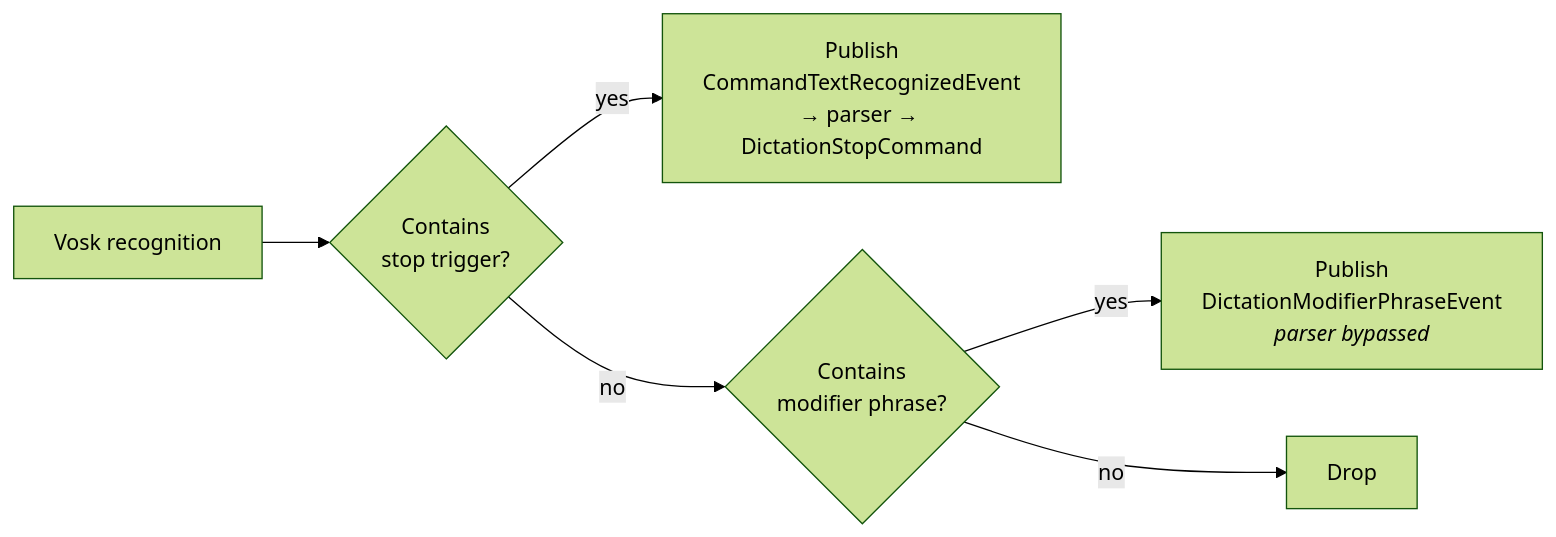
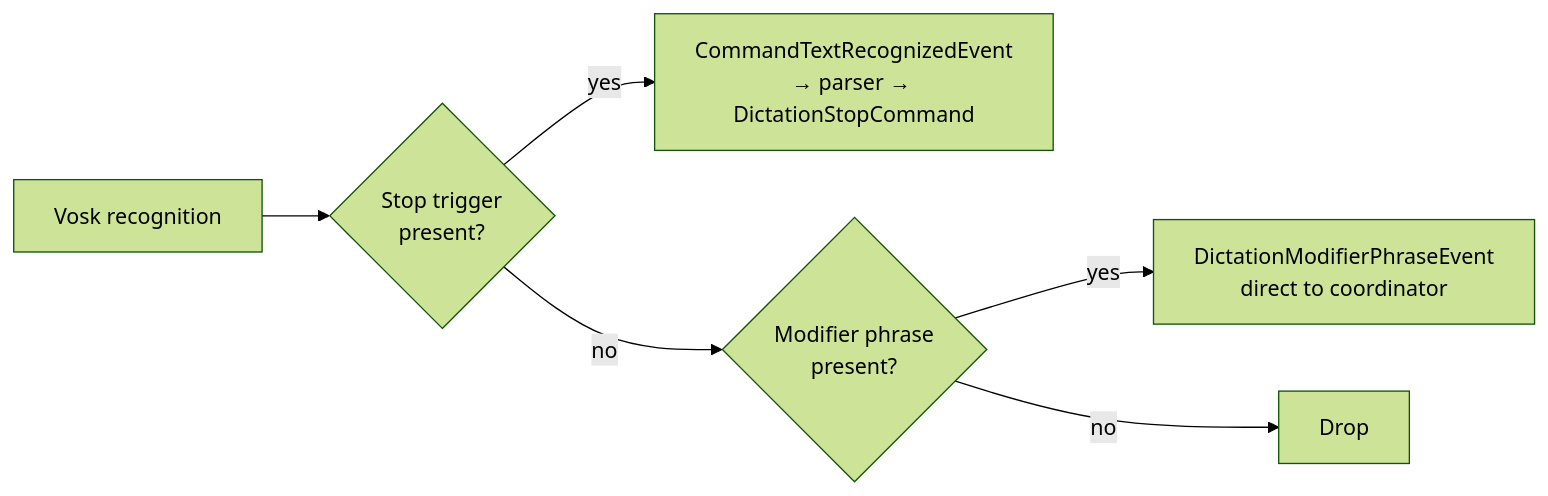
The third of 5 diagrams in docs/developer/features/dictation_flow.rst (rick12000/vocalance), drawn with Mermaid (forest theme) before and after one commit. The commit also changed other lines of this file and 30 other files, not shown here.

```diff
--- a/docs/developer/features/dictation_flow.rst
+++ b/docs/developer/features/dictation_flow.rst
@@ -146,8 +209,8 @@
 .. mermaid::
 
    flowchart LR
-       Vosk[Vosk recognition] --> Q1{Contains<br/>stop trigger?}
-       Q1 -->|yes| Stop[Publish<br/>CommandTextRecognizedEvent<br/>→ parser → DictationStopCommand]
-       Q1 -->|no| Q2{Contains<br/>modifier phrase?}
-       Q2 -->|yes| Mod[Publish<br/>DictationModifierPhraseEvent<br/><i>parser bypassed</i>]
+       Vosk[Vosk recognition] --> Q1{Stop trigger<br/>present?}
+       Q1 -->|yes| Stop[CommandTextRecognizedEvent<br/>→ parser → DictationStopCommand]
+       Q1 -->|no| Q2{Modifier phrase<br/>present?}
+       Q2 -->|yes| Mod[DictationModifierPhraseEvent<br/>direct to coordinator]
        Q2 -->|no| Drop[Drop]
```
